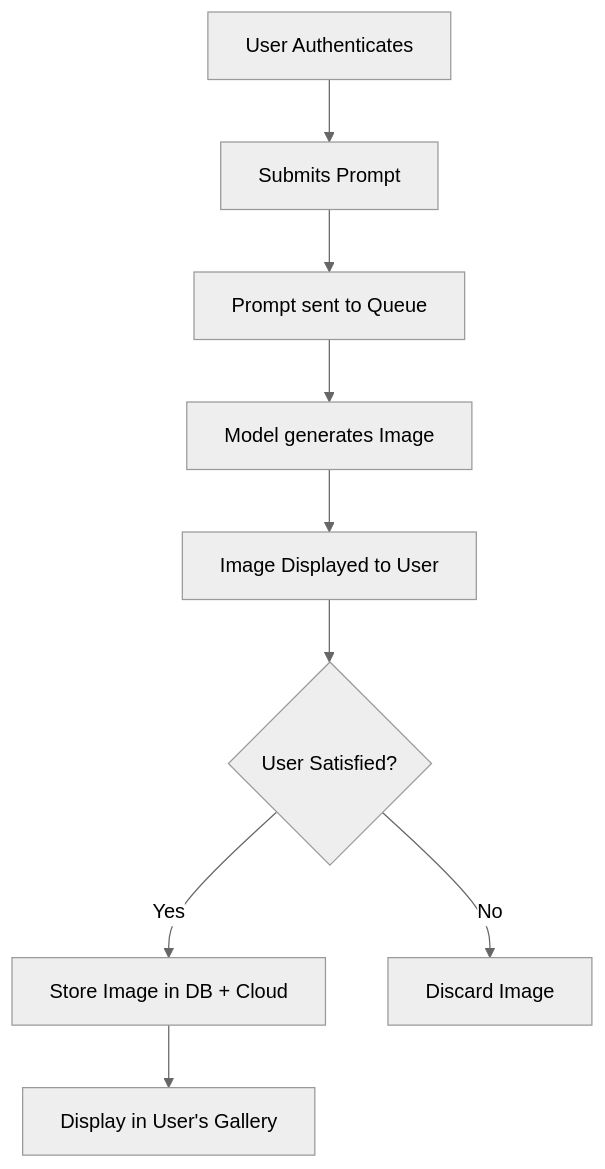
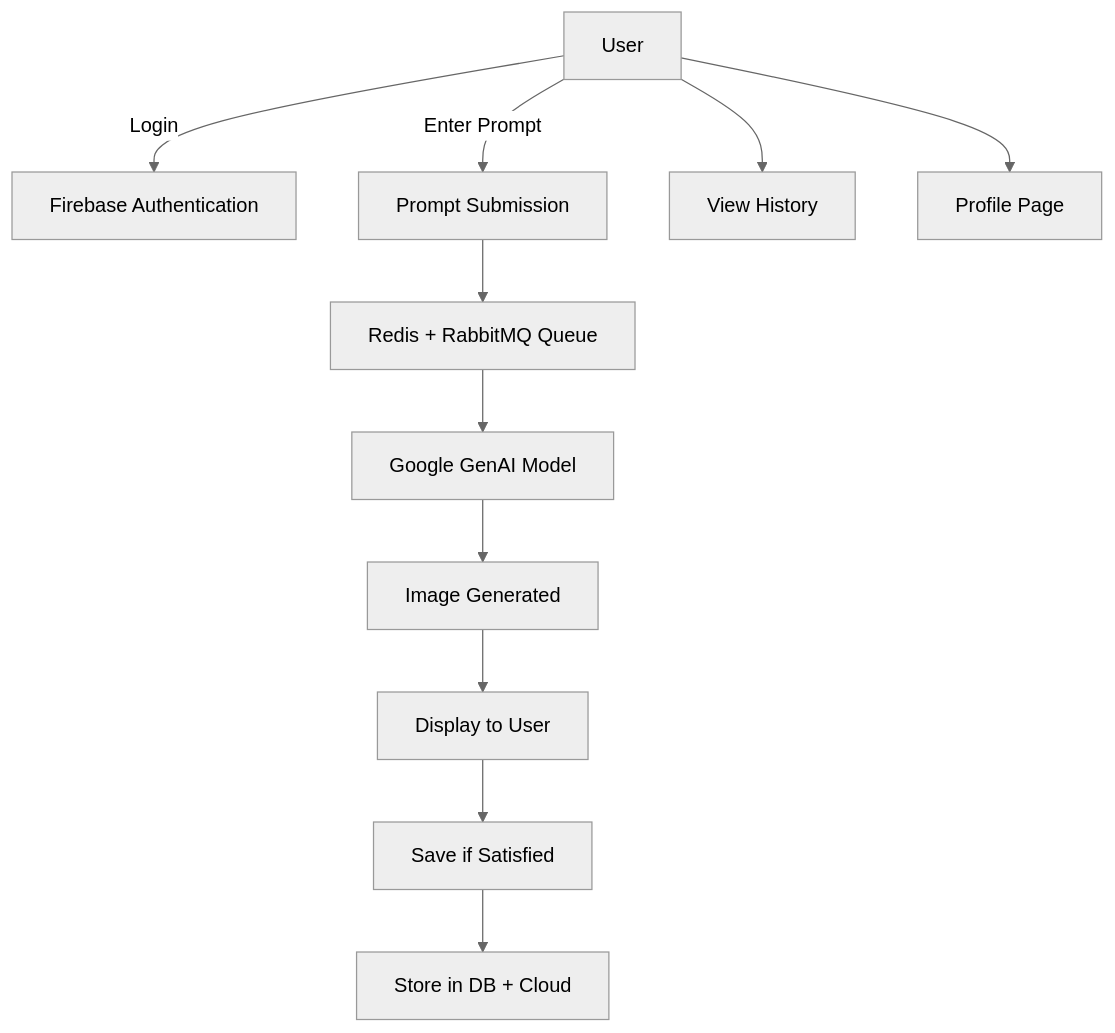
The first of 3 diagrams in README.md (jayanth119/imagen), drawn with Mermaid (neutral theme) before and after one commit. The commit also changed other lines of this file, not shown here.

`````diff
--- a/README.md
+++ b/README.md
@@ -46,11 +27,13 @@
 ```mermaid
-flowchart TD
-    A[User Authenticates] --> B[Submits Prompt]
-    B --> C[Prompt sent to Queue]
-    C --> D[Model generates Image]
-    D --> E[Image Displayed to User]
-    E --> F{User Satisfied?}
-    F -->|Yes| G[Store Image in DB + Cloud]
-    F -->|No| H[Discard Image]
-    G --> I[Display in User's Gallery]
-````
+graph TD
+    A[User] -->|Login| B[Firebase Authentication]
+    A -->|Enter Prompt| C[Prompt Submission]
+    C --> D[Redis + RabbitMQ Queue]
+    D --> E[Google GenAI Model]
+    E --> F[Image Generated]
+    F --> G[Display to User]
+    G --> H[Save if Satisfied]
+    H --> I[Store in DB + Cloud]
+    A --> J[View History]
+    A --> K[Profile Page]
+```
`````
